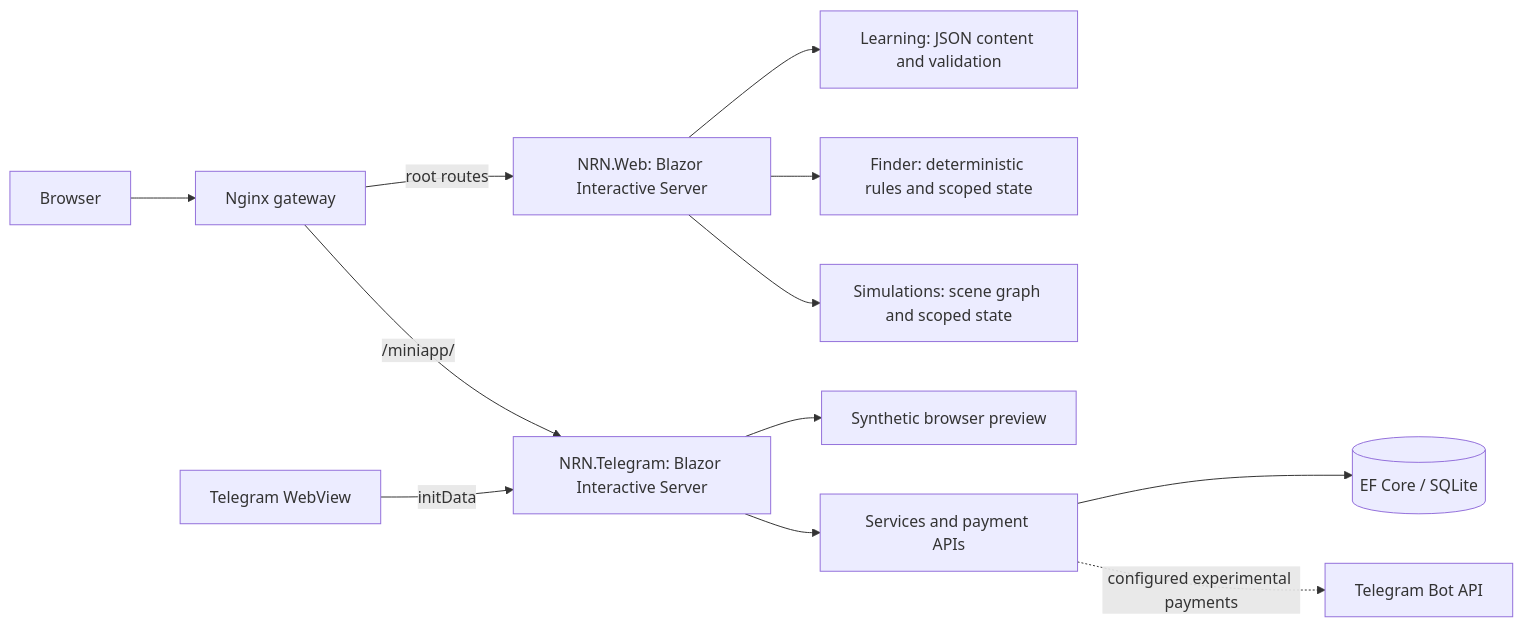
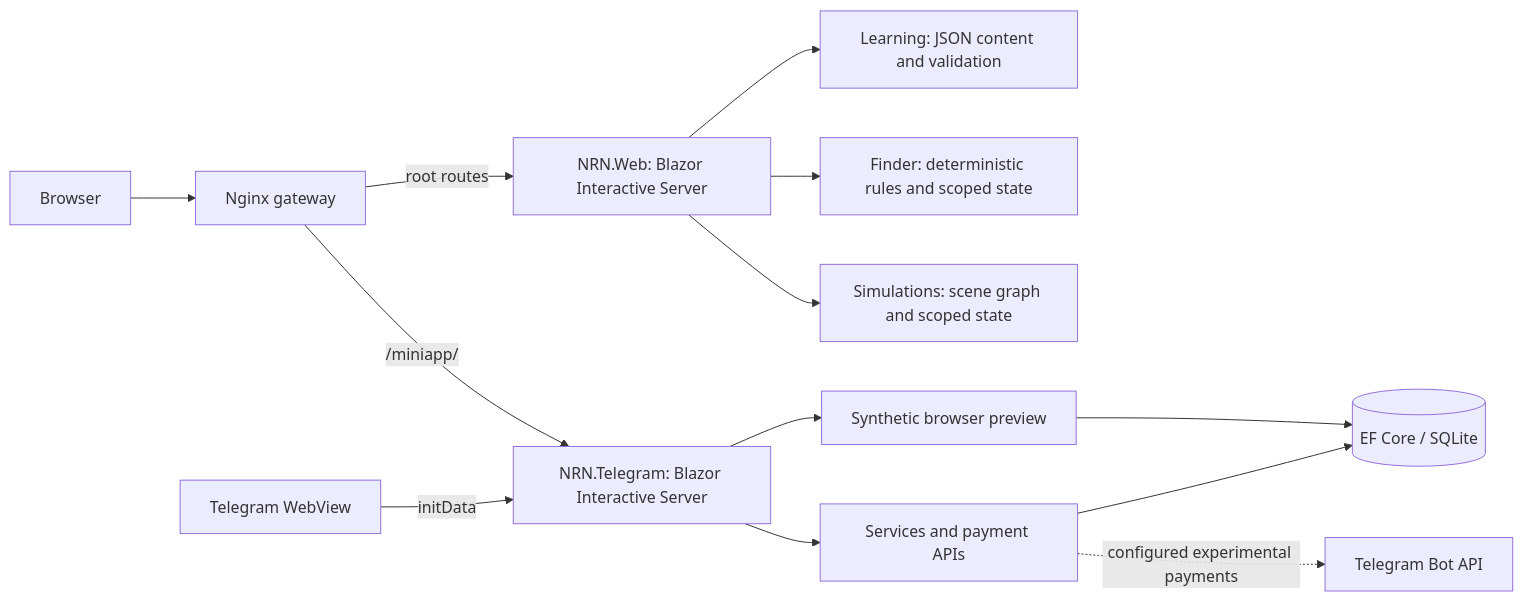
One commit to Alexandra-St/NRNConcept changed the diagram in README.md. Above: the diagram before and after it, drawn with Mermaid. The commit also changed other lines of this file and 27 other files, not shown here.

````diff
--- a/README.md
+++ b/README.md
@@ -56,14 +44,15 @@
 ```mermaid
 flowchart LR
     Browser[Browser] --> Gateway[Nginx gateway]
     Gateway -->|root routes| Web[NRN.Web: Blazor Interactive Server]
     Gateway -->|/miniapp/| Mini[NRN.Telegram: Blazor Interactive Server]
     Web --> Learning[Learning: JSON content and validation]
     Web --> Finder[Finder: deterministic rules and scoped state]
     Web --> Simulations[Simulations: scene graph and scoped state]
     Mini --> Preview[Synthetic browser preview]
     Mini --> API[Services and payment APIs]
-    API --> DB[(EF Core / SQLite)]
+    Preview --> DB[(EF Core / SQLite)]
+    API --> DB
     Telegram[Telegram WebView] -->|initData| Mini
     API -. configured experimental payments .-> BotAPI[Telegram Bot API]
 ```
````
